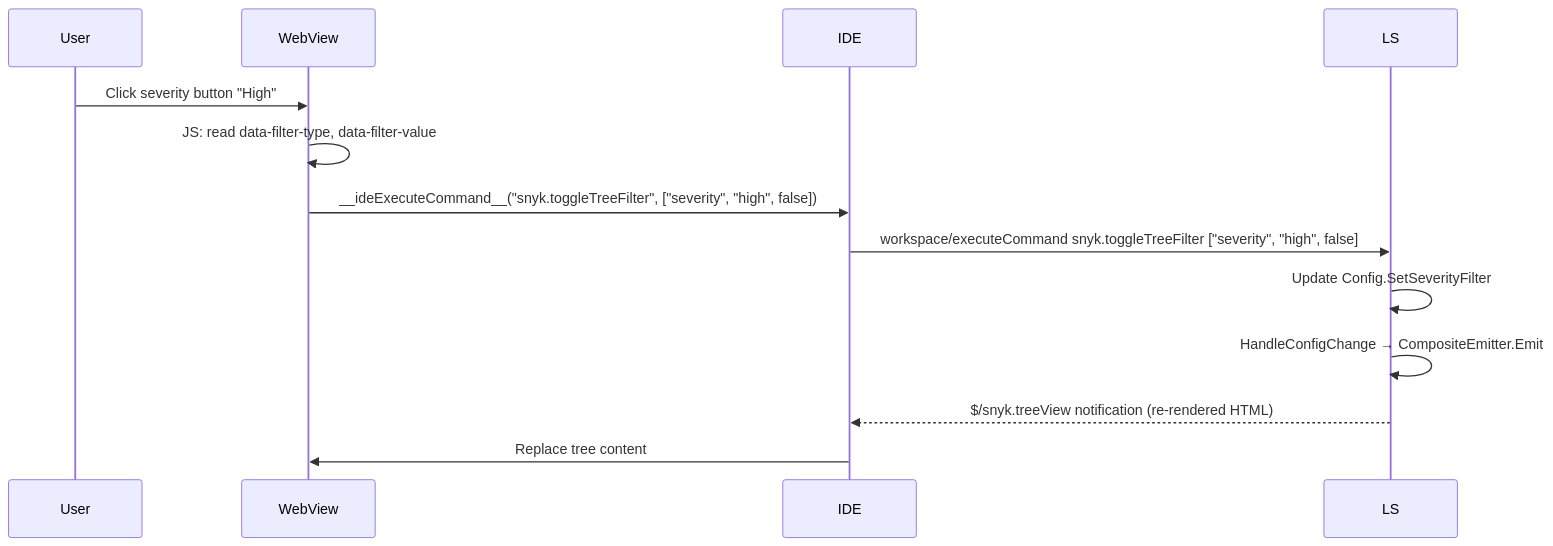
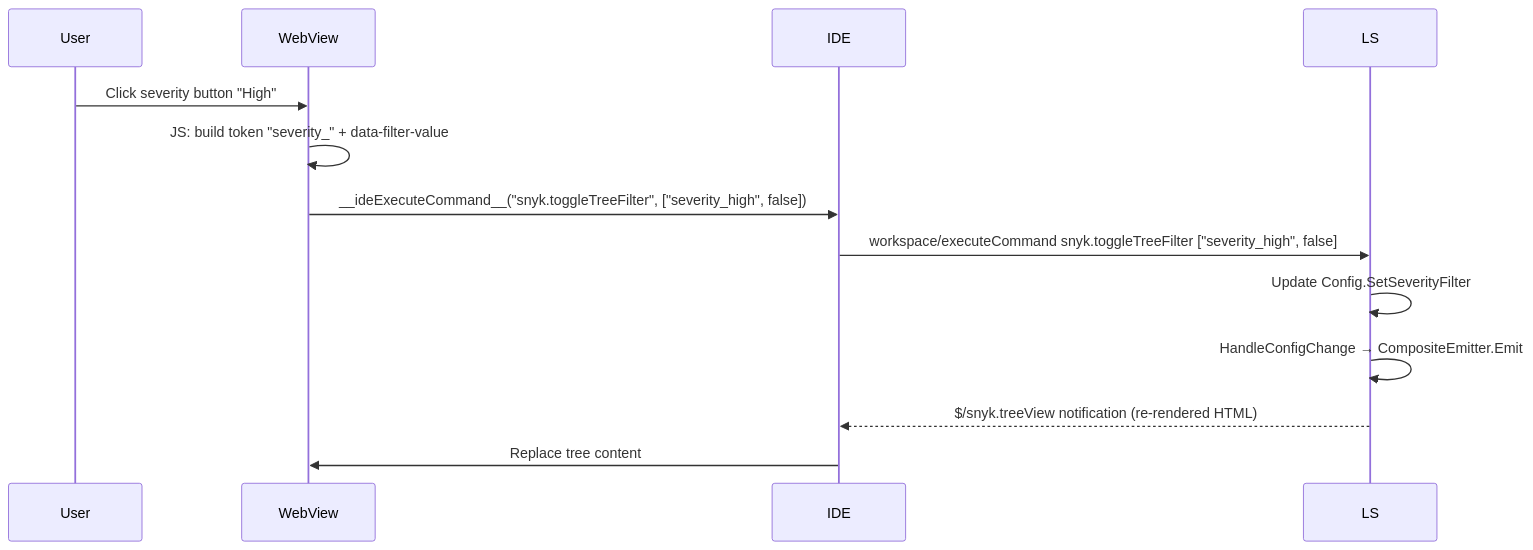
The third of 4 diagrams in docs/tree-view.md (snyk/snyk-ls), drawn with Mermaid before and after one commit. The commit also changed other lines of this file and 20 other files, not shown here.

Commit message:
feat: add issue view and risk score filters to the tree view [IDE-1870] (#1362)

````diff
--- a/docs/tree-view.md
+++ b/docs/tree-view.md
@@ -205,16 +214,16 @@
 ```mermaid
 sequenceDiagram
     participant User
     participant WebView
     participant IDE
     participant LS
 
     User->>WebView: Click severity button "High"
-    WebView->>WebView: JS: read data-filter-type, data-filter-value
-    WebView->>IDE: __ideExecuteCommand__("snyk.toggleTreeFilter", ["severity", "high", false])
-    IDE->>LS: workspace/executeCommand snyk.toggleTreeFilter ["severity", "high", false]
+    WebView->>WebView: JS: build token "severity_" + data-filter-value
+    WebView->>IDE: __ideExecuteCommand__("snyk.toggleTreeFilter", ["severity_high", false])
+    IDE->>LS: workspace/executeCommand snyk.toggleTreeFilter ["severity_high", false]
     LS->>LS: Update Config.SetSeverityFilter
     LS->>LS: HandleConfigChange → CompositeEmitter.Emit
     LS-->>IDE: $/snyk.treeView notification (re-rendered HTML)
     IDE->>WebView: Replace tree content
 ```
````
